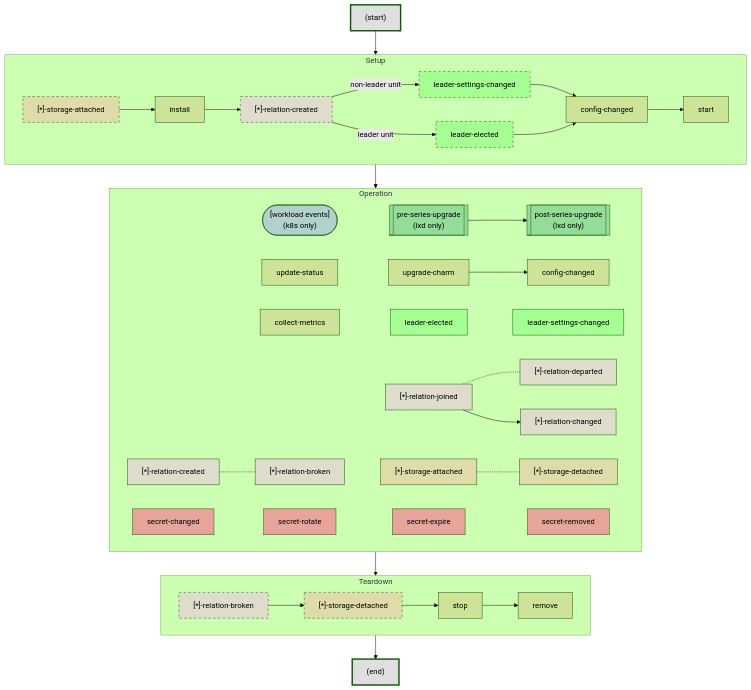
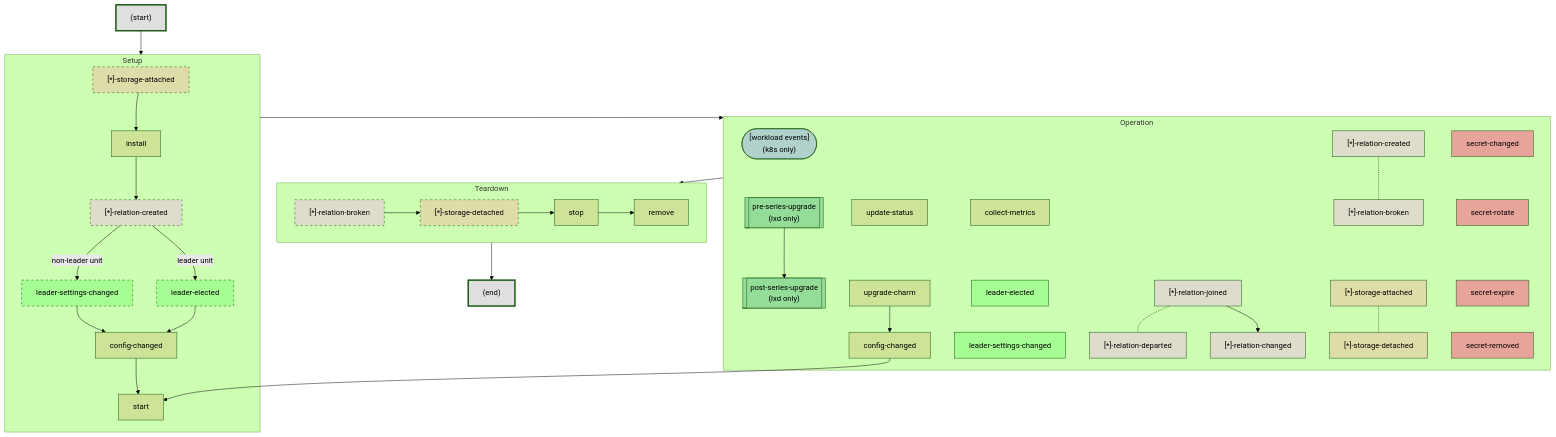
One commit to canonical/charm-events changed the first of 4 diagrams in README.md. Above: the diagram before and after it, drawn with Mermaid (forest theme).

Commit message:
added start event after upgrade sequence

````diff
--- a/README.md
+++ b/README.md
@@ -17,67 +17,67 @@
 ```mermaid
 flowchart TD
     subgraph Setup
         storage_attached["[*]-storage-attached"]:::optStorageEvent --> install
         install --> relation_created["[*]-relation-created"]:::optRelationEvent
         relation_created --> |leader unit|leader_elected[leader-elected]:::optLeaderEvent
         relation_created --> |non-leader unit|leader_settings_changed[leader-settings-changed]:::optLeaderEvent
         leader_settings_changed --> config_changed[config-changed]
         leader_elected --> config_changed[config-changed]
         config_changed --> start
     end
 
     subgraph Operation
         workload_events_mant(["`[workload events] 
             (k8s only)`"]):::kubernetesEvent ~~~
         pre_series_upgrade_mant[["`pre-series-upgrade 
             (lxd only)`"]]:::lxdEvent --> 
         post_series_upgrade_mant[["`post-series-upgrade 
             (lxd only)`"]]:::lxdEvent
 
 
         update_status[update-status] ~~~
-        upgrade_charm[upgrade-charm] --> config_changed_mant[config-changed]
+        upgrade_charm[upgrade-charm] --> config_changed_mant[config-changed] --> start
 
         collect_metrics[collect-metrics] ~~~
         leader_elected_mant[leader-elected]:::leaderEvent ~~~ 
         leader_settings_changed_mant[leader-settings-changed]:::leaderEvent
 
         relation_joined_mant["[*]-relation-joined"]:::relationEvent -.- relation_departed_mant["[*]-relation-departed"]:::relationEvent
         relation_joined_mant --> relation_changed_mant["[*]-relation-changed"]:::relationEvent 
 
         relation_created_mant["[*]-relation-created"]:::relationEvent -.- relation_broken_mant["[*]-relation-broken"]:::relationEvent ~~~
         storage_attached_mant["[*]-storage-attached"]:::storageEvent -.- storage_detached_mant["[*]-storage-detached"]:::storageEvent
         
         secret_changed["secret-changed"]:::secretEvent ~~~
         secret_rotate["secret-rotate"]:::secretEvent ~~~
         secret_expire["secret-expire"]:::secretEvent ~~~
         secret_removed["secret-removed"]:::secretEvent 
     end
     
     subgraph Teardown
         relation_broken_teard["[*]-relation-broken"]:::optRelationEvent -->
         storage_detached["[*]-storage-detached"]:::optStorageEvent -->
         stop -->
         remove
     end
     
     Start["(start)"]:::meta --> 
     Setup --> 
     Operation --> 
     Teardown --> 
     End["(end)"]:::meta
 
 classDef relationEvent fill:#f9f5;
 classDef secretEvent fill:#f588;
 classDef storageEvent fill:#f995;
 classDef leaderEvent fill:#5f55;
 classDef workloadEvent fill:#faa1,stroke-dasharray: 5 5;
 classDef meta fill:#1112,stroke-width:3px;
 
 classDef optRelationEvent fill:#f9f5,stroke-dasharray: 5 5;
 classDef optStorageEvent fill:#f995,stroke-dasharray: 5 5;
 classDef optLeaderEvent fill:#5f55,stroke-dasharray: 5 5;
 
 classDef kubernetesEvent fill:#77f5;
 classDef lxdEvent fill:#2965;
 ```
````
